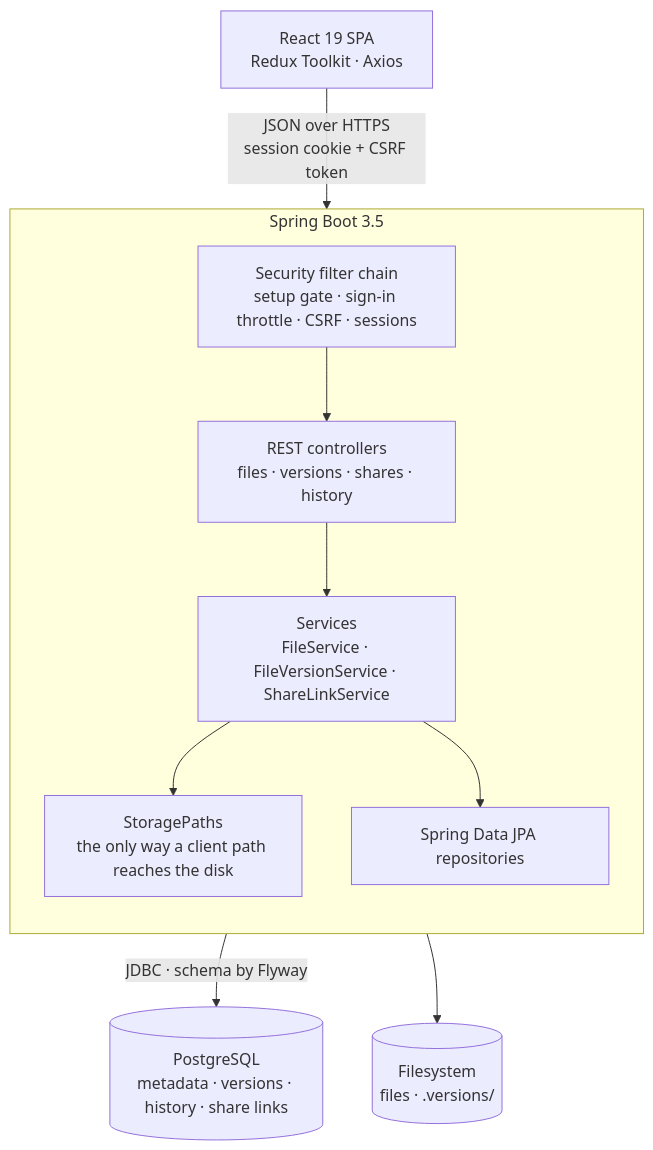
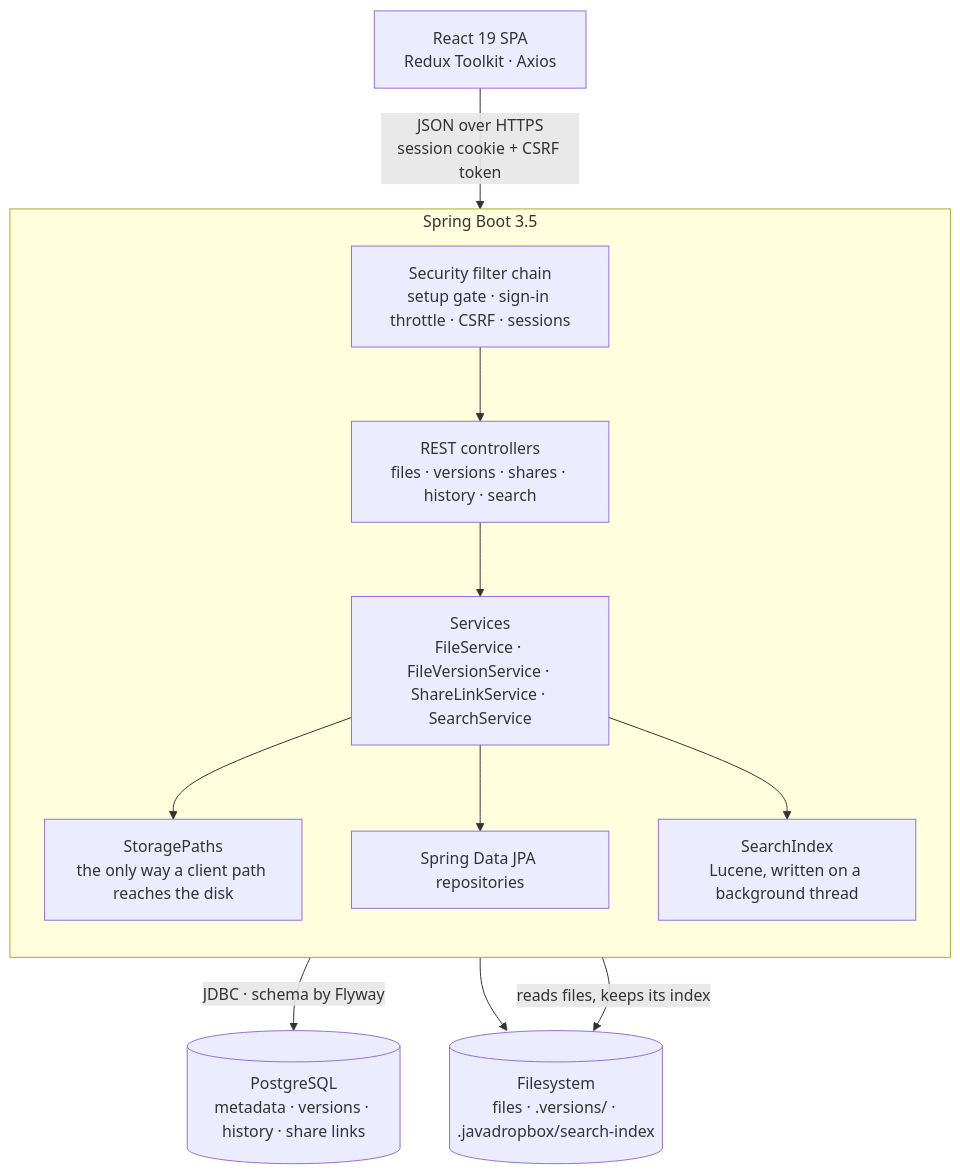
The first of 6 diagrams in README.md (mevcaus/JavaDropbox), drawn with Mermaid before and after one commit. The commit also changed other lines of this file and 5 other files, not shown here.

````diff
--- a/README.md
+++ b/README.md
@@ -49,23 +50,26 @@
 ```mermaid
 flowchart TB
     Browser["React 19 SPA<br/>Redux Toolkit · Axios"]
 
     subgraph App["Spring Boot 3.5"]
         direction TB
         Security["Security filter chain<br/>setup gate · sign-in throttle · CSRF · sessions"]
-        Controllers["REST controllers<br/>files · versions · shares · history"]
-        Services["Services<br/>FileService · FileVersionService · ShareLinkService"]
+        Controllers["REST controllers<br/>files · versions · shares · history · search"]
+        Services["Services<br/>FileService · FileVersionService · ShareLinkService · SearchService"]
+        Index["SearchIndex<br/>Lucene, written on a background thread"]
         Paths["StoragePaths<br/>the only way a client path reaches the disk"]
         Repos["Spring Data JPA repositories"]
         Security --> Controllers --> Services
         Services --> Paths
         Services --> Repos
+        Services --> Index
     end
 
     DB[("PostgreSQL<br/>metadata · versions · history · share links")]
-    Disk[("Filesystem<br/>files · .versions/")]
+    Disk[("Filesystem<br/>files · .versions/ · .javadropbox/search-index")]
 
     Browser -- "JSON over HTTPS<br/>session cookie + CSRF token" --> Security
     Repos -- "JDBC · schema by Flyway" --> DB
     Paths --> Disk
+    Index -- "reads files, keeps its index" --> Disk
 ```
````
